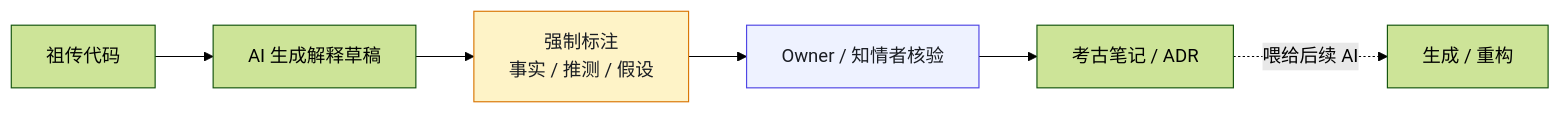
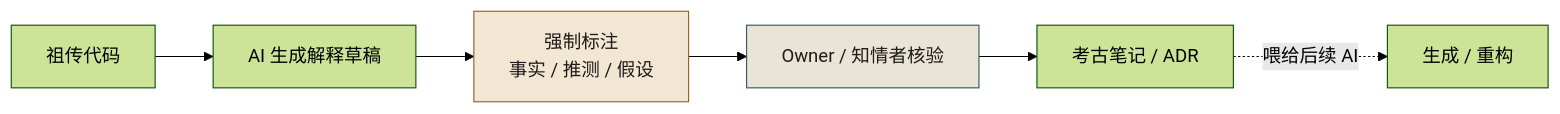
The first of 2 diagrams in docs/manuscript/ch12-第7章-AI读懂祖传代码.md (funny8kids/AI_Native_Software_Engineering), drawn with Mermaid (forest theme) before and after one commit. The commit also changed other lines of this file and 81 other files, not shown here.

````diff
--- a/docs/manuscript/ch12-第7章-AI读懂祖传代码.md
+++ b/docs/manuscript/ch12-第7章-AI读懂祖传代码.md
@@ -6,10 +8,10 @@
 ```mermaid
 flowchart LR
   CODE[祖传代码] --> AI[AI 生成解释草稿]
   AI --> TAG[强制标注<br/>事实 / 推测 / 假设]
   TAG --> HUMAN[Owner / 知情者核验]
   HUMAN --> NOTE[考古笔记 / ADR]
   NOTE -.喂给后续 AI.-> GEN[生成 / 重构]
-  style TAG fill:#fef3c7,stroke:#d97706,color:#1a1d23
-  style HUMAN fill:#eef2ff,stroke:#4f46e5,color:#1a1d23
+  style TAG fill:#f2e7d3,stroke:#9d6127,color:#1e1c19
+  style HUMAN fill:#eae4d6,stroke:#2f6154,color:#1e1c19
 ```
````
